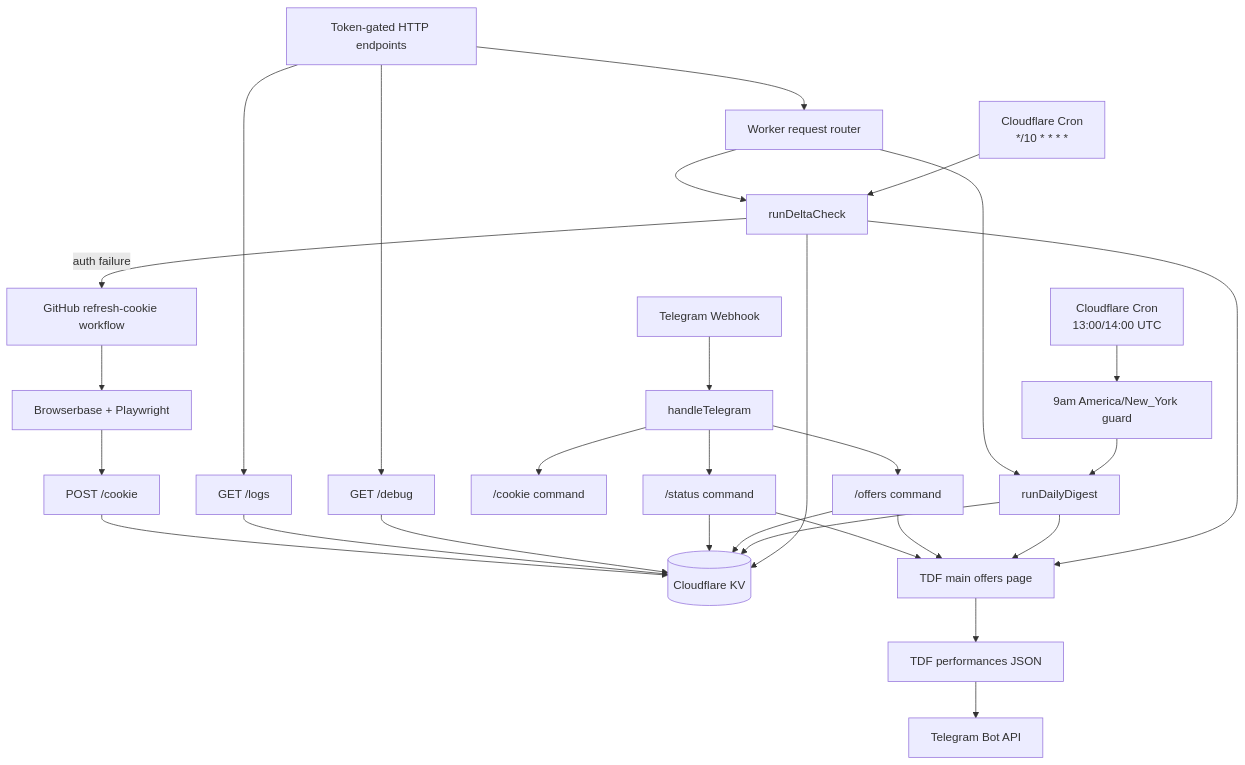
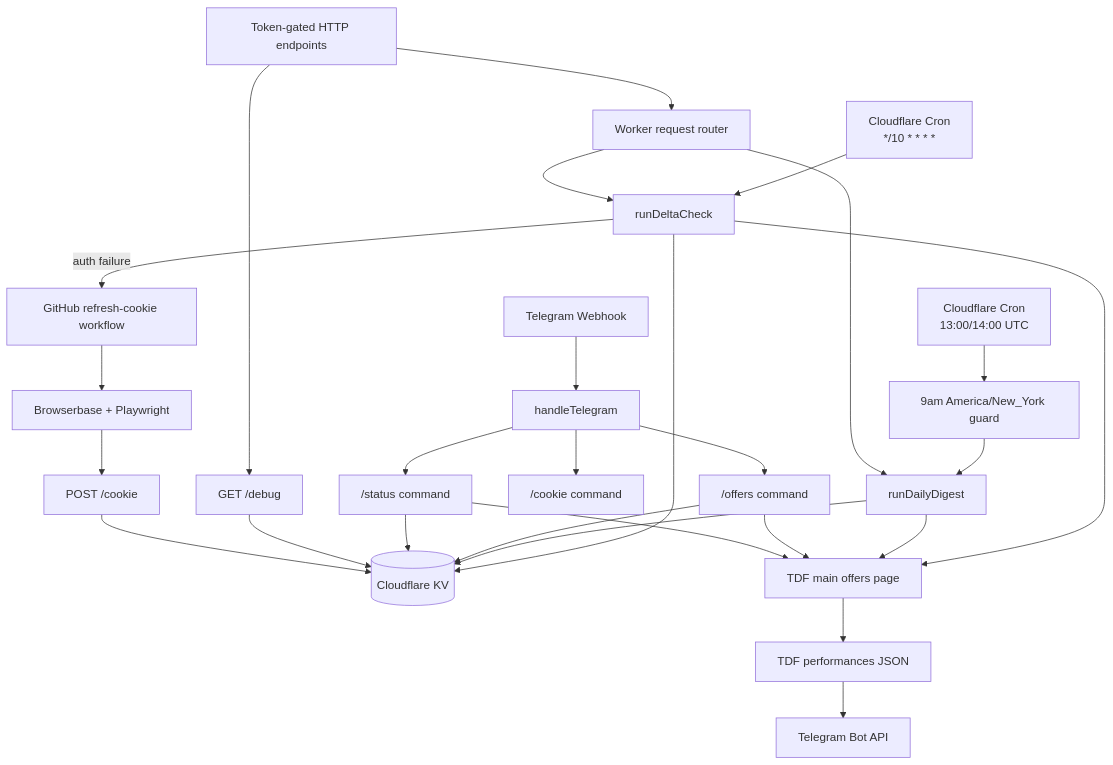
One commit to salmanrazzaq-94/tdf-offer-alerts changed the diagram in docs/architecture.md. Above: the diagram before and after it, drawn with Mermaid. The commit also changed other lines of this file and 22 other files, not shown here.

````diff
--- a/docs/architecture.md
+++ b/docs/architecture.md
@@ -7,35 +7,33 @@
 ```mermaid
 flowchart TD
   Cron["Cloudflare Cron<br/>*/10 * * * *"] --> Delta["runDeltaCheck"]
   DailyCron["Cloudflare Cron<br/>13:00/14:00 UTC"] --> DailyGuard["9am America/New_York guard"]
   DailyGuard --> Daily["runDailyDigest"]
   Telegram["Telegram Webhook"] --> Commands["handleTelegram"]
   Manual["Token-gated HTTP endpoints"] --> Worker["Worker request router"]
 
   Worker --> Delta
   Worker --> Daily
   Commands --> Offers["/offers command"]
   Commands --> Status["/status command"]
   Commands --> CookieLink["/cookie command"]
   Manual --> Debug["GET /debug"]
-  Manual --> Logs["GET /logs"]
 
   Delta --> KV[("Cloudflare KV")]
   Daily --> KV
   Offers --> KV
   Status --> KV
   Debug --> KV
-  Logs --> KV
 
   Delta --> TDFPage["TDF main offers page"]
   Daily --> TDFPage
   Offers --> TDFPage
   Status --> TDFPage
   TDFPage --> TDFJson["TDF performances JSON"]
   TDFJson --> TelegramAPI["Telegram Bot API"]
 
   Delta -- "auth failure" --> GitHub["GitHub refresh-cookie workflow"]
   GitHub --> Browserbase["Browserbase + Playwright"]
   Browserbase --> CookiePost["POST /cookie"]
   CookiePost --> KV
 ```
````
